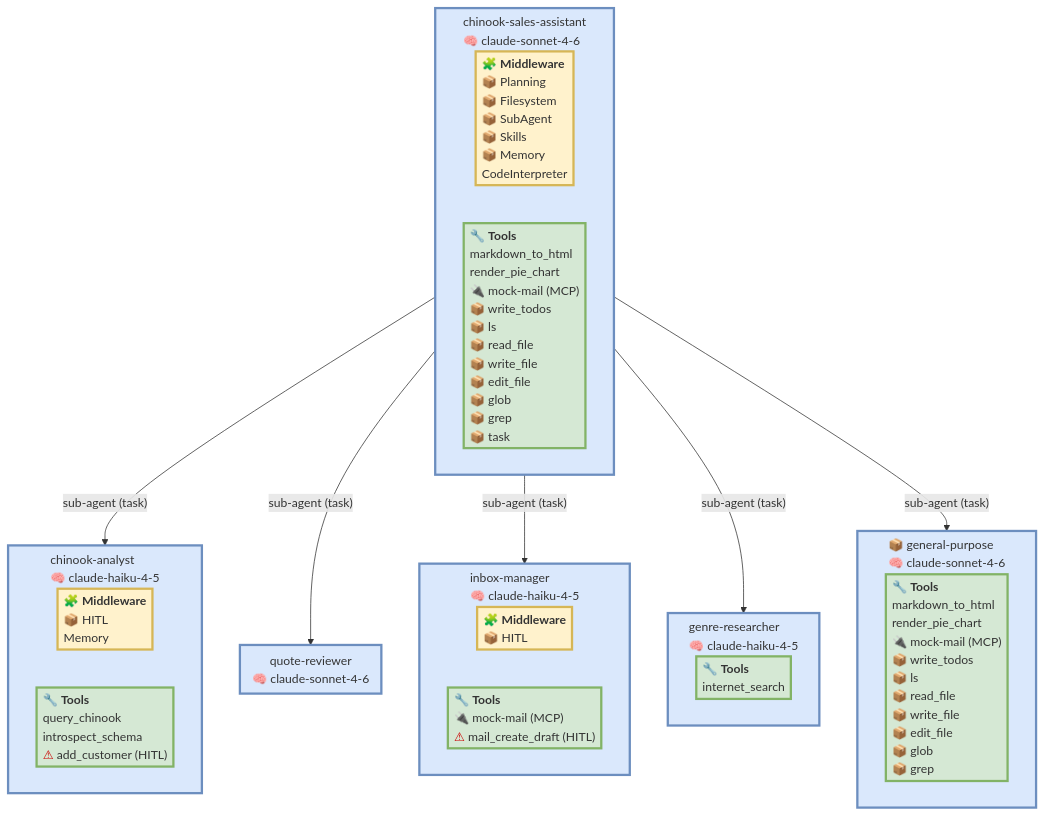
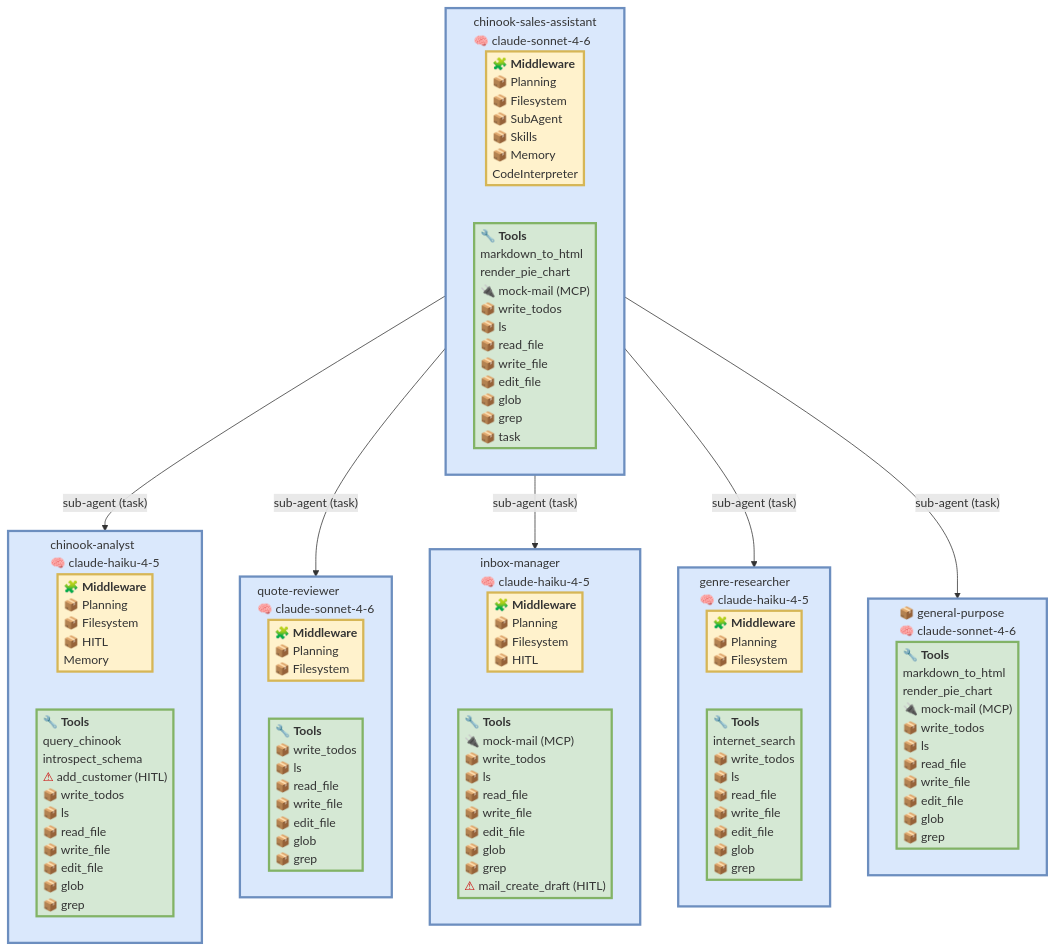
One commit to rvernica/deepagents-viz changed the third of 3 diagrams in examples.md. Above: the diagram before and after it, drawn with Mermaid. The commit also changed other lines of this file and 2 other files, not shown here.

First line of the commit message:
Model the default subagent stack and gated built-in tools

````diff
--- a/examples.md
+++ b/examples.md
@@ -383,37 +388,40 @@
 ```mermaid
 %%{init: {'flowchart': {'subGraphTitleMargin': {'top': 6, 'bottom': 16}, 'padding': 4}}}%%
 graph TD
   classDef mwBox fill:#fff2cc,stroke:#d6b656,stroke-width:3px;
   classDef toolBox fill:#d5e8d4,stroke:#82b366,stroke-width:3px;
   subgraph chinook_sales_assistant["chinook-sales-assistant<br/>🧠 claude-sonnet-4-6"]
     chinook_sales_assistant_mw["<div style='text-align:left'>🧩 <b>Middleware</b><br/>📦 Planning<br/>📦 Filesystem<br/>📦 SubAgent<br/>📦 Skills<br/>📦 Memory<br/>CodeInterpreter</div>"]:::mwBox
     chinook_sales_assistant_t["<div style='text-align:left'>🔧 <b>Tools</b><br/>markdown_to_html<br/>render_pie_chart<br/>🔌 mock-mail (MCP)<br/>📦 write_todos<br/>📦 ls<br/>📦 read_file<br/>📦 write_file<br/>📦 edit_file<br/>📦 glob<br/>📦 grep<br/>📦 task</div>"]:::toolBox
   end
   chinook_sales_assistant -->|"sub-agent (task)"| chinook_analyst
   subgraph chinook_analyst["chinook-analyst<br/>🧠 claude-haiku-4-5"]
-    chinook_analyst_mw["<div style='text-align:left'>🧩 <b>Middleware</b><br/>📦 HITL<br/>Memory</div>"]:::mwBox
-    chinook_analyst_t["<div style='text-align:left'>🔧 <b>Tools</b><br/>query_chinook<br/>introspect_schema<br/><span style='color:#c00'>⚠</span> add_customer (HITL)</div>"]:::toolBox
+    chinook_analyst_mw["<div style='text-align:left'>🧩 <b>Middleware</b><br/>📦 Planning<br/>📦 Filesystem<br/>📦 HITL<br/>Memory</div>"]:::mwBox
+    chinook_analyst_t["<div style='text-align:left'>🔧 <b>Tools</b><br/>query_chinook<br/>introspect_schema<br/><span style='color:#c00'>⚠</span> add_customer (HITL)<br/>📦 write_todos<br/>📦 ls<br/>📦 read_file<br/>📦 write_file<br/>📦 edit_file<br/>📦 glob<br/>📦 grep</div>"]:::toolBox
   end
   chinook_sales_assistant -->|"sub-agent (task)"| quote_reviewer
   subgraph quote_reviewer["quote-reviewer<br/>🧠 claude-sonnet-4-6"]
+    quote_reviewer_mw["<div style='text-align:left'>🧩 <b>Middleware</b><br/>📦 Planning<br/>📦 Filesystem</div>"]:::mwBox
+    quote_reviewer_t["<div style='text-align:left'>🔧 <b>Tools</b><br/>📦 write_todos<br/>📦 ls<br/>📦 read_file<br/>📦 write_file<br/>📦 edit_file<br/>📦 glob<br/>📦 grep</div>"]:::toolBox
   end
   chinook_sales_assistant -->|"sub-agent (task)"| inbox_manager
   subgraph inbox_manager["inbox-manager<br/>🧠 claude-haiku-4-5"]
-    inbox_manager_mw["<div style='text-align:left'>🧩 <b>Middleware</b><br/>📦 HITL</div>"]:::mwBox
-    inbox_manager_t["<div style='text-align:left'>🔧 <b>Tools</b><br/>🔌 mock-mail (MCP)<br/><span style='color:#c00'>⚠</span> mail_create_draft (HITL)</div>"]:::toolBox
+    inbox_manager_mw["<div style='text-align:left'>🧩 <b>Middleware</b><br/>📦 Planning<br/>📦 Filesystem<br/>📦 HITL</div>"]:::mwBox
+    inbox_manager_t["<div style='text-align:left'>🔧 <b>Tools</b><br/>🔌 mock-mail (MCP)<br/>📦 write_todos<br/>📦 ls<br/>📦 read_file<br/>📦 write_file<br/>📦 edit_file<br/>📦 glob<br/>📦 grep<br/><span style='color:#c00'>⚠</span> mail_create_draft (HITL)</div>"]:::toolBox
   end
   chinook_sales_assistant -->|"sub-agent (task)"| genre_researcher
   subgraph genre_researcher["genre-researcher<br/>🧠 claude-haiku-4-5"]
-    genre_researcher_t["<div style='text-align:left'>🔧 <b>Tools</b><br/>internet_search</div>"]:::toolBox
+    genre_researcher_mw["<div style='text-align:left'>🧩 <b>Middleware</b><br/>📦 Planning<br/>📦 Filesystem</div>"]:::mwBox
+    genre_researcher_t["<div style='text-align:left'>🔧 <b>Tools</b><br/>internet_search<br/>📦 write_todos<br/>📦 ls<br/>📦 read_file<br/>📦 write_file<br/>📦 edit_file<br/>📦 glob<br/>📦 grep</div>"]:::toolBox
   end
   chinook_sales_assistant -->|"sub-agent (task)"| general_purpose
   subgraph general_purpose["📦 general-purpose<br/>🧠 claude-sonnet-4-6"]
     general_purpose_t["<div style='text-align:left'>🔧 <b>Tools</b><br/>markdown_to_html<br/>render_pie_chart<br/>🔌 mock-mail (MCP)<br/>📦 write_todos<br/>📦 ls<br/>📦 read_file<br/>📦 write_file<br/>📦 edit_file<br/>📦 glob<br/>📦 grep</div>"]:::toolBox
   end
   style chinook_sales_assistant fill:#dae8fc,stroke:#6c8ebf,stroke-width:3px;
   style chinook_analyst fill:#dae8fc,stroke:#6c8ebf,stroke-width:3px;
   style quote_reviewer fill:#dae8fc,stroke:#6c8ebf,stroke-width:3px;
   style inbox_manager fill:#dae8fc,stroke:#6c8ebf,stroke-width:3px;
   style genre_researcher fill:#dae8fc,stroke:#6c8ebf,stroke-width:3px;
   style general_purpose fill:#dae8fc,stroke:#6c8ebf,stroke-width:3px;
 ```
````
